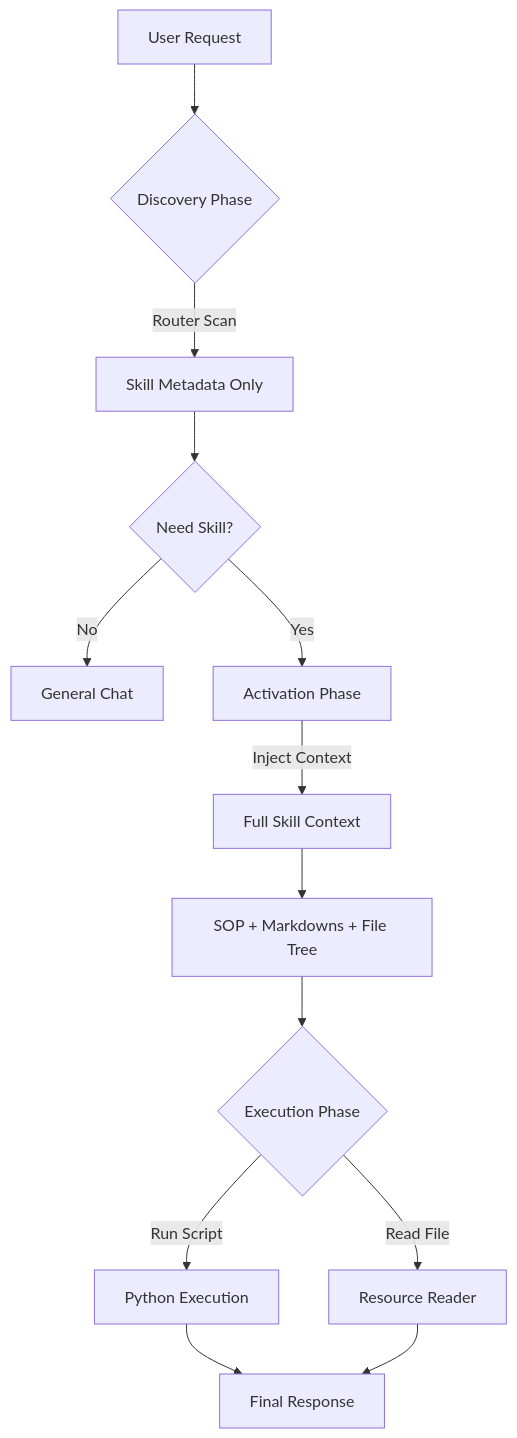
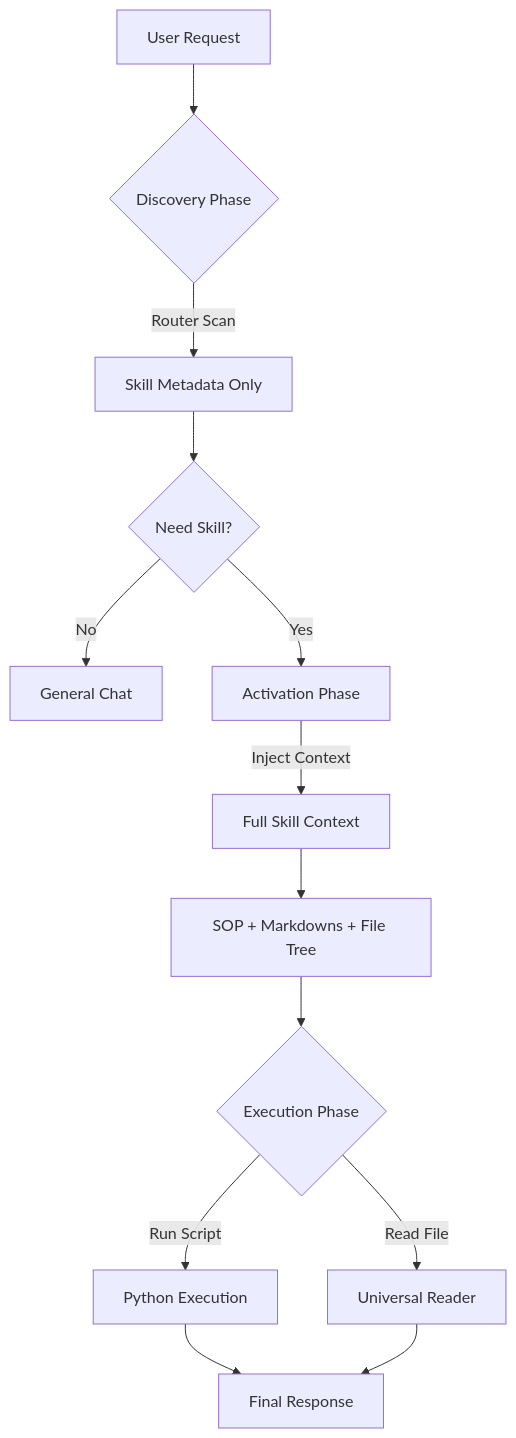
One commit to unclevicky/UniversalSkills changed the diagram in README.md. Above: the diagram before and after it, drawn with Mermaid. The commit also changed other lines of this file, not shown here.

````diff
--- a/README.md
+++ b/README.md
@@ -38,15 +40,15 @@
 ```mermaid
 graph TD
     A[User Request] --> B{Discovery Phase};
     B -- Router Scan --> C[Skill Metadata Only];
     C --> D{Need Skill?};
     D -- No --> E[General Chat];
     D -- Yes --> F[Activation Phase];
     F -- Inject Context --> G[Full Skill Context];
     G --> H[SOP + Markdowns + File Tree];
     H --> I{Execution Phase};
     I -- Run Script --> J[Python Execution];
-    I -- Read File --> K[Resource Reader];
+    I -- Read File --> K[Universal Reader];
     J & K --> L[Final Response];
 
 ```
````
